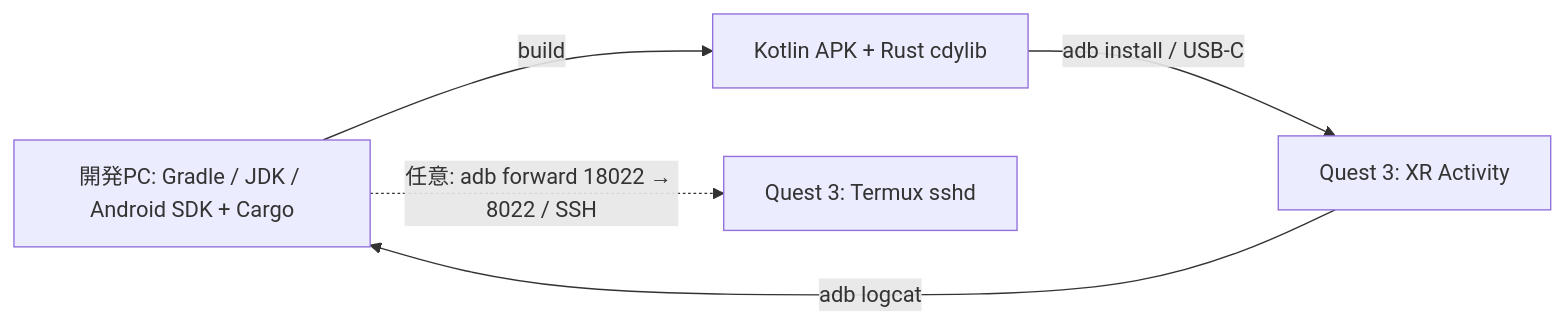
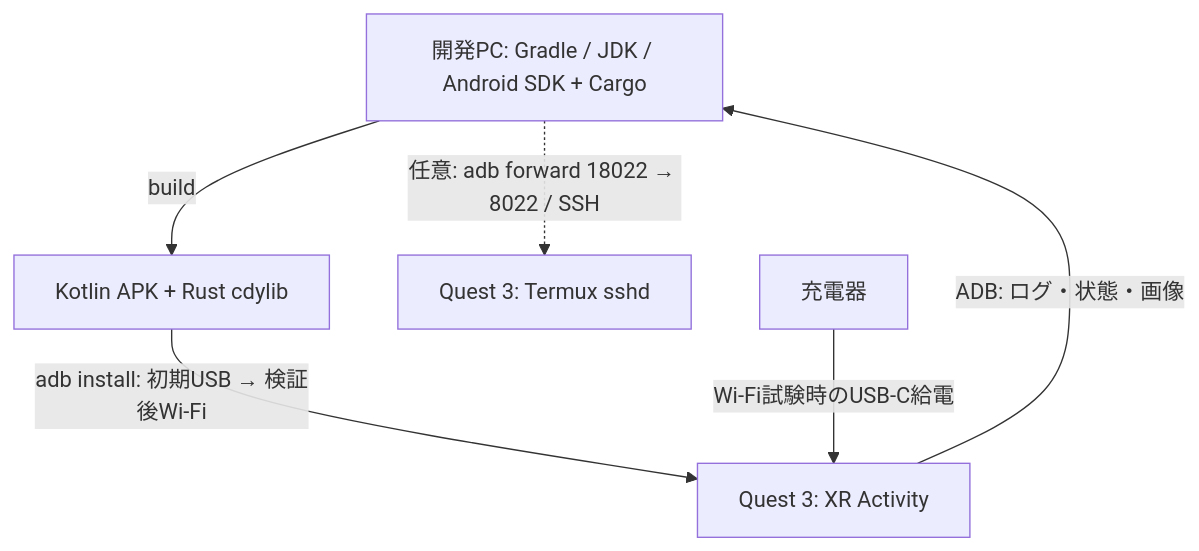
The first of 7 diagrams in docs/implementation-plan.md (tin-machine/eidolon-wayland), drawn with Mermaid before and after one commit. The commit also changed other lines of this file and 6 other files, not shown here.

```diff
--- a/docs/implementation-plan.md
+++ b/docs/implementation-plan.md
@@ -100,7 +115,8 @@
 ~~~mermaid
-flowchart LR
+flowchart TB
   DEV["開発PC: Gradle / JDK / Android SDK + Cargo"] -->|"build"| APK["Kotlin APK + Rust cdylib"]
-  APK -->|"adb install / USB-C"| QUEST["Quest 3: XR Activity"]
-  QUEST -->|"adb logcat"| DEV
+  APK -->|"adb install: 初期USB → 検証後Wi-Fi"| QUEST["Quest 3: XR Activity"]
+  QUEST -->|"ADB: ログ・状態・画像"| DEV
   DEV -.->|"任意: adb forward 18022 → 8022 / SSH"| T["Quest 3: Termux sshd"]
+  POWER["充電器"] -->|"Wi-Fi試験時のUSB-C給電"| QUEST
 ~~~
```
